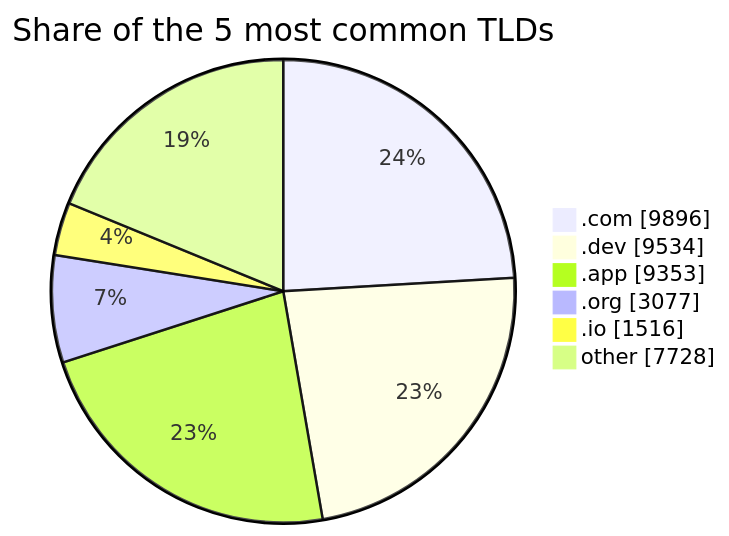
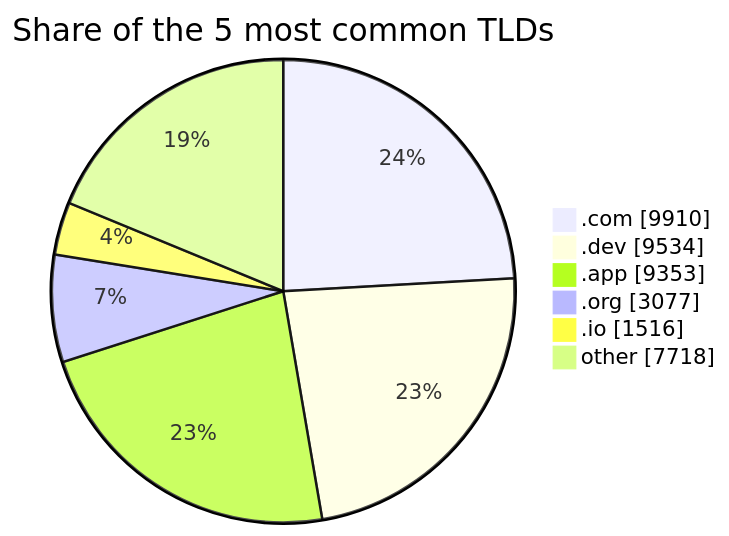
One commit to DNSBunker/CTI changed the third of 3 diagrams in README.md. Above: the diagram before and after it, drawn with Mermaid. The commit also changed other lines of this file and 3 other files, not shown here.

````diff
--- a/README.md
+++ b/README.md
@@ -81,9 +81,9 @@
 ```mermaid
 pie showData title Share of the 5 most common TLDs
-    ".com" : 9896
+    ".com" : 9910
     ".dev" : 9534
     ".app" : 9353
     ".org" : 3077
     ".io" : 1516
-    "other" : 7728
+    "other" : 7718
 ```
````
